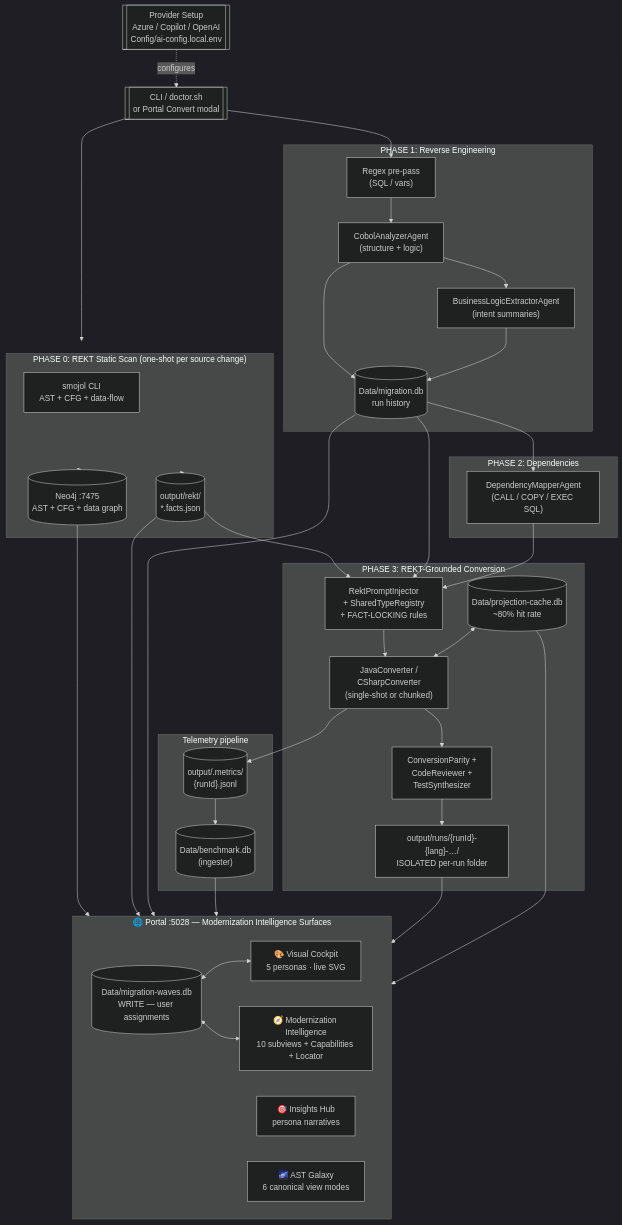
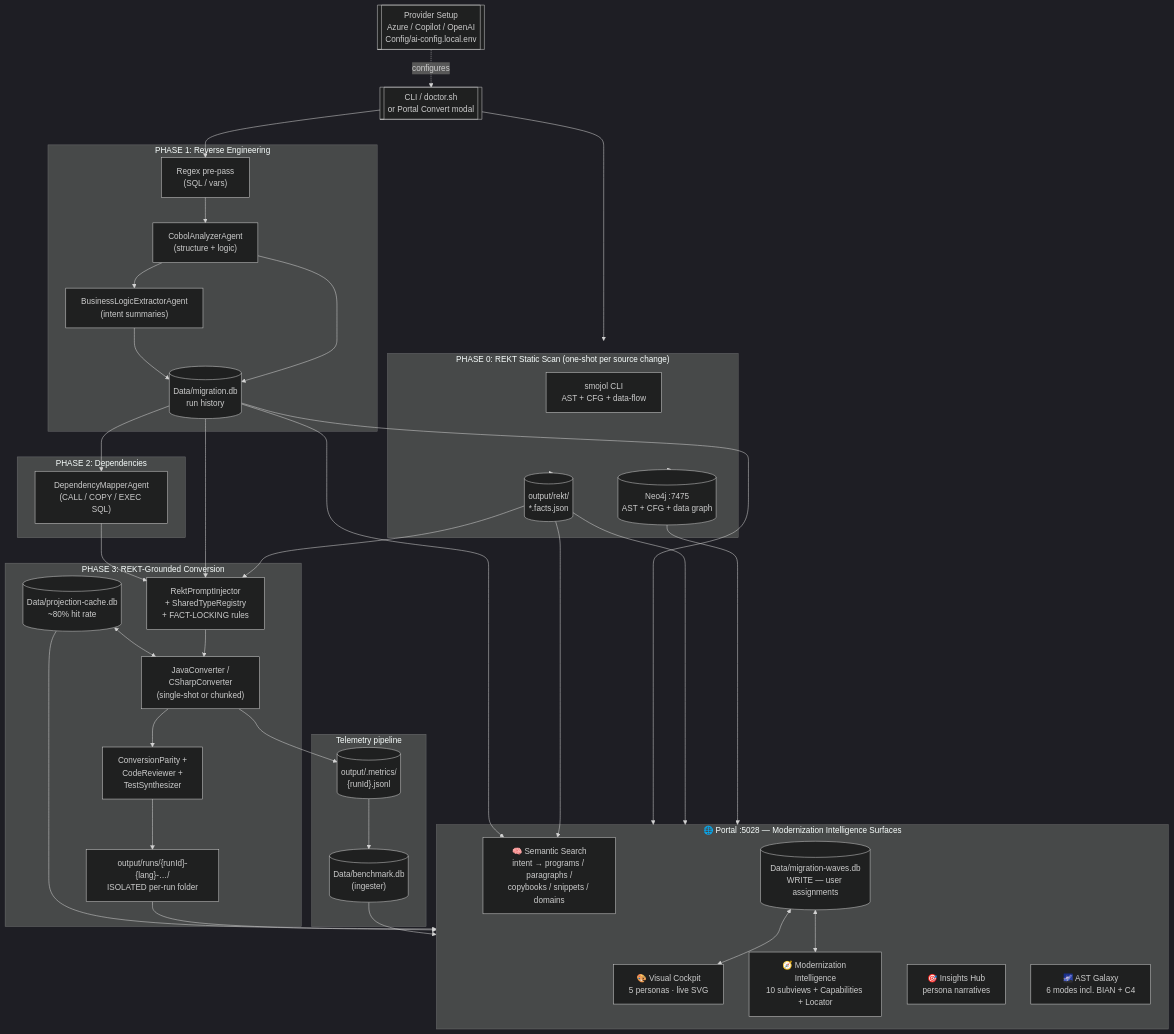
The seventh of 9 diagrams in README.md (Azure-Samples/Legacy-Modernization-Agents), drawn with Mermaid (dark theme) before and after one commit. The commit also changed other lines of this file and 41 other files, not shown here.

First line of the commit message:
Public-prep: scrub customer identifiers + Semantic Flow Explorer hardening + README screenshots

````diff
--- a/README.md
+++ b/README.md
@@ -1480,74 +1513,77 @@
 ```mermaid
 flowchart TD
   CLI[["CLI / doctor.sh<br/>or Portal Convert modal"]]
   SETUP[["Provider Setup<br/>Azure / Copilot / OpenAI<br/>Config/ai-config.local.env"]]
 
   subgraph SCAN_PHASE["PHASE 0: REKT Static Scan (one-shot per source change)"]
       SMOJOL["smojol CLI<br/>AST + CFG + data-flow"]
       FACTS[("output/rekt/<br/>*.facts.json")]
       NEO[("Neo4j :7475<br/>AST + CFG + data graph")]
   end
 
   subgraph ANALYZE_PHASE["PHASE 1: Reverse Engineering"]
       REGEX["Regex pre-pass<br/>(SQL / vars)"]
       ANALYZER["CobolAnalyzerAgent<br/>(structure + logic)"]
       BIZLOGIC["BusinessLogicExtractorAgent<br/>(intent summaries)"]
       SQLITE[("Data/migration.db<br/>run history")]
   end
 
   subgraph DEPENDENCY_PHASE["PHASE 2: Dependencies"]
       MAPPER["DependencyMapperAgent<br/>(CALL / COPY / EXEC SQL)"]
   end
 
   subgraph CONVERT_PHASE["PHASE 3: REKT-Grounded Conversion"]
       INJECT["RektPromptInjector<br/>+ SharedTypeRegistry<br/>+ FACT-LOCKING rules"]
       PROJ[("Data/projection-cache.db<br/>~80% hit rate")]
       CONVERTER["JavaConverter /<br/>CSharpConverter<br/>(single-shot or chunked)"]
       PARITY["ConversionParity +<br/>CodeReviewer +<br/>TestSynthesizer"]
       OUTRUN["output/runs/{runId}-{lang}-…/<br/>ISOLATED per-run folder"]
   end
 
   subgraph TELEMETRY["Telemetry pipeline"]
       JSONL[("output/.metrics/<br/>{runId}.jsonl")]
       BENCH[("Data/benchmark.db<br/>(ingester)")]
   end
 
   subgraph PORTAL["🌐 Portal :5028 — Modernization Intelligence Surfaces"]
       COCK["🎨 Visual Cockpit<br/>5 personas · live SVG"]
       MI["🧭 Modernization Intelligence<br/>10 subviews + Capabilities + Locator"]
+      SEM["🧠 Semantic Search<br/>intent → programs / paragraphs /<br/>copybooks / snippets / domains"]
       HUB["🎯 Insights Hub<br/>persona narratives"]
-      AST["🌌 AST Galaxy<br/>6 canonical view modes"]
+      AST["🌌 AST Galaxy<br/>6 modes incl. BIAN + C4"]
       WAVES[("Data/migration-waves.db<br/>WRITE — user assignments")]
   end
 
   CLI --> SCAN_PHASE
   SETUP -.->|configures| CLI
   SCAN_PHASE --> NEO
   SCAN_PHASE --> FACTS
 
   CLI --> REGEX
   REGEX --> ANALYZER
   ANALYZER --> SQLITE
   ANALYZER --> BIZLOGIC
   BIZLOGIC --> SQLITE
   SQLITE --> MAPPER
 
   FACTS --> INJECT
   SQLITE --> INJECT
   MAPPER --> INJECT
   INJECT --> CONVERTER
   PROJ <--> CONVERTER
   CONVERTER --> PARITY
   PARITY --> OUTRUN
   CONVERTER --> JSONL
   JSONL --> BENCH
 
   NEO --> PORTAL
   FACTS --> PORTAL
   SQLITE --> PORTAL
   BENCH --> PORTAL
   OUTRUN --> PORTAL
   PROJ --> PORTAL
+  FACTS --> SEM
+  SQLITE --> SEM
   WAVES <--> COCK
   WAVES <--> MI
 ```
````
